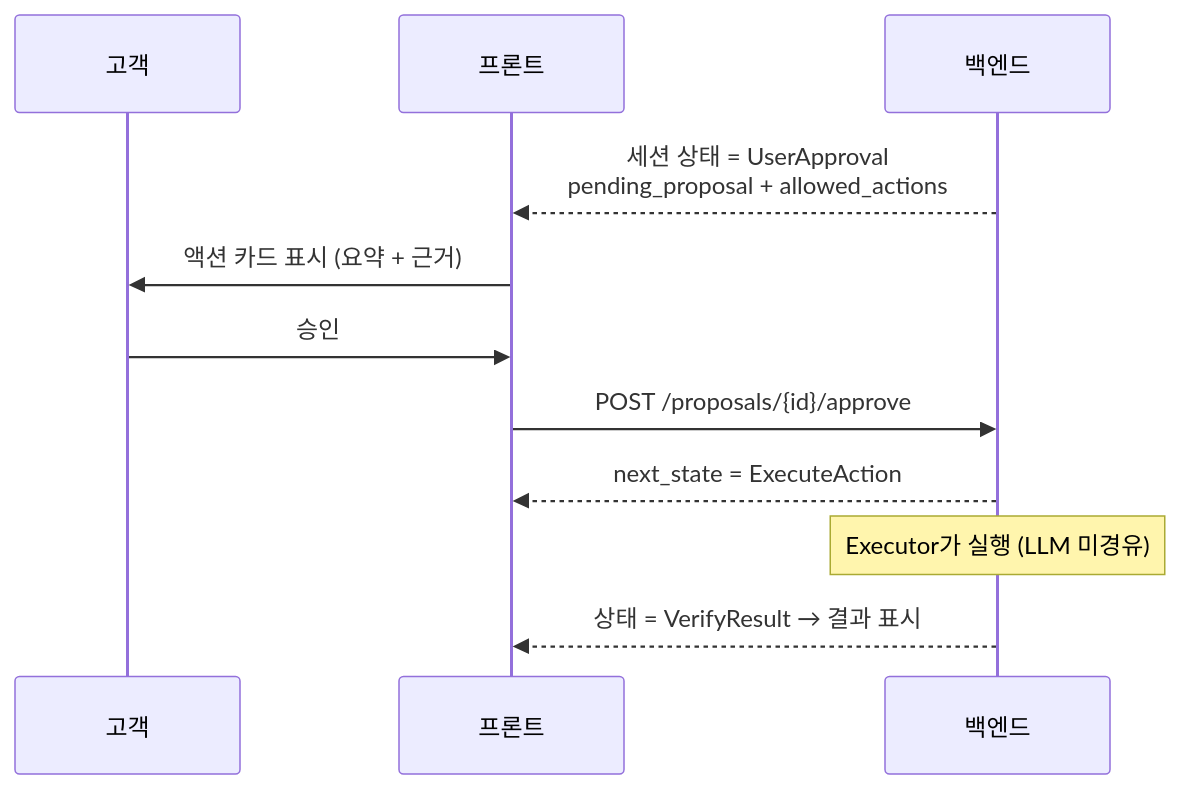
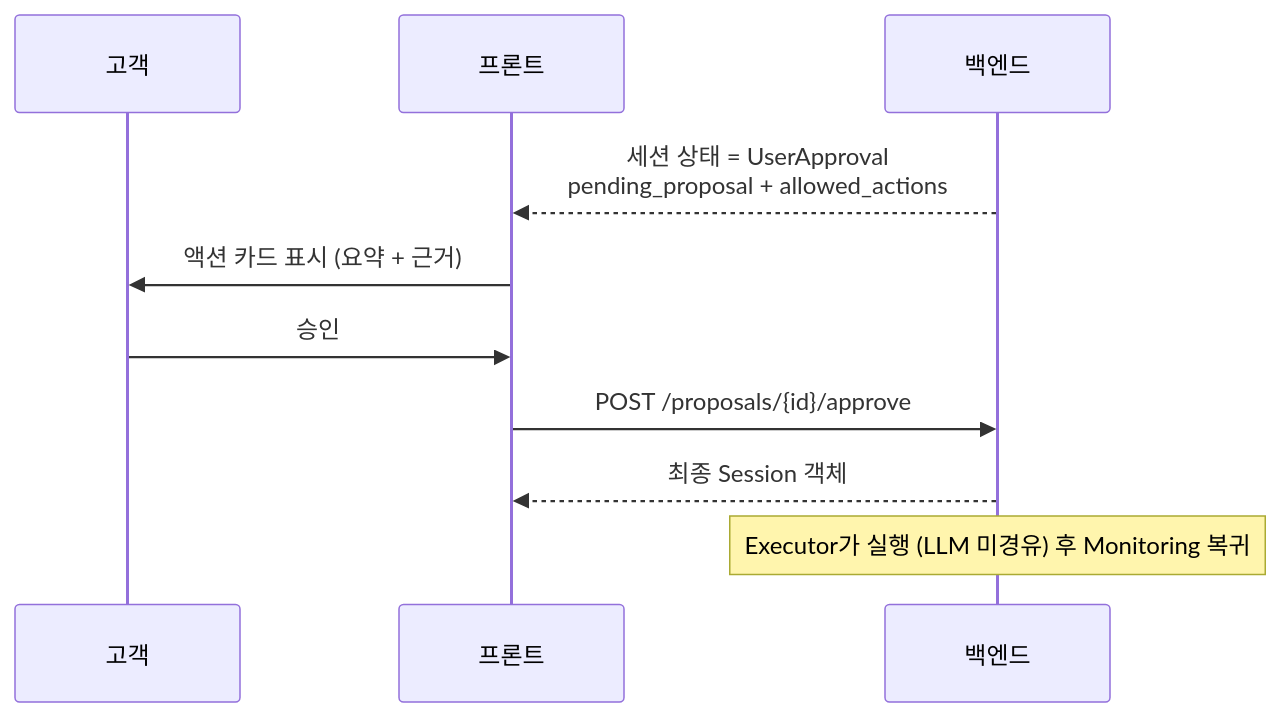
The second of 2 diagrams in README.md (YoonMin02/JB-WM-frontend), drawn with Mermaid before and after one commit. The commit also changed other lines of this file, not shown here.

````diff
--- a/README.md
+++ b/README.md
@@ -66,14 +82,13 @@
 ```mermaid
 sequenceDiagram
     participant U as 고객
     participant FE as 프론트
     participant BE as 백엔드
 
     BE-->>FE: 세션 상태 = UserApproval<br/>pending_proposal + allowed_actions
     FE->>U: 액션 카드 표시 (요약 + 근거)
     U->>FE: 승인
     FE->>BE: POST /proposals/{id}/approve
-    BE-->>FE: next_state = ExecuteAction
-    Note over BE: Executor가 실행 (LLM 미경유)
-    BE-->>FE: 상태 = VerifyResult → 결과 표시
+    BE-->>FE: 최종 Session 객체
+    Note over BE: Executor가 실행 (LLM 미경유) 후 Monitoring 복귀
 ```
````
